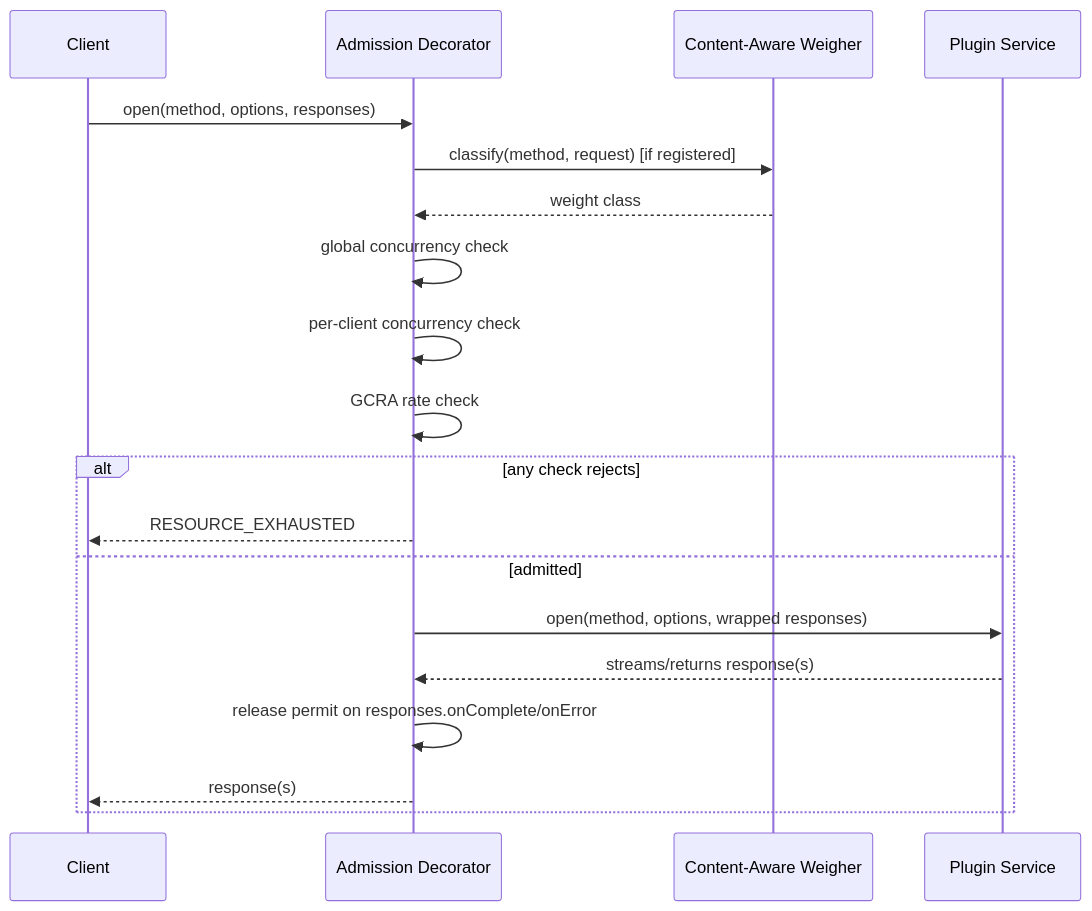
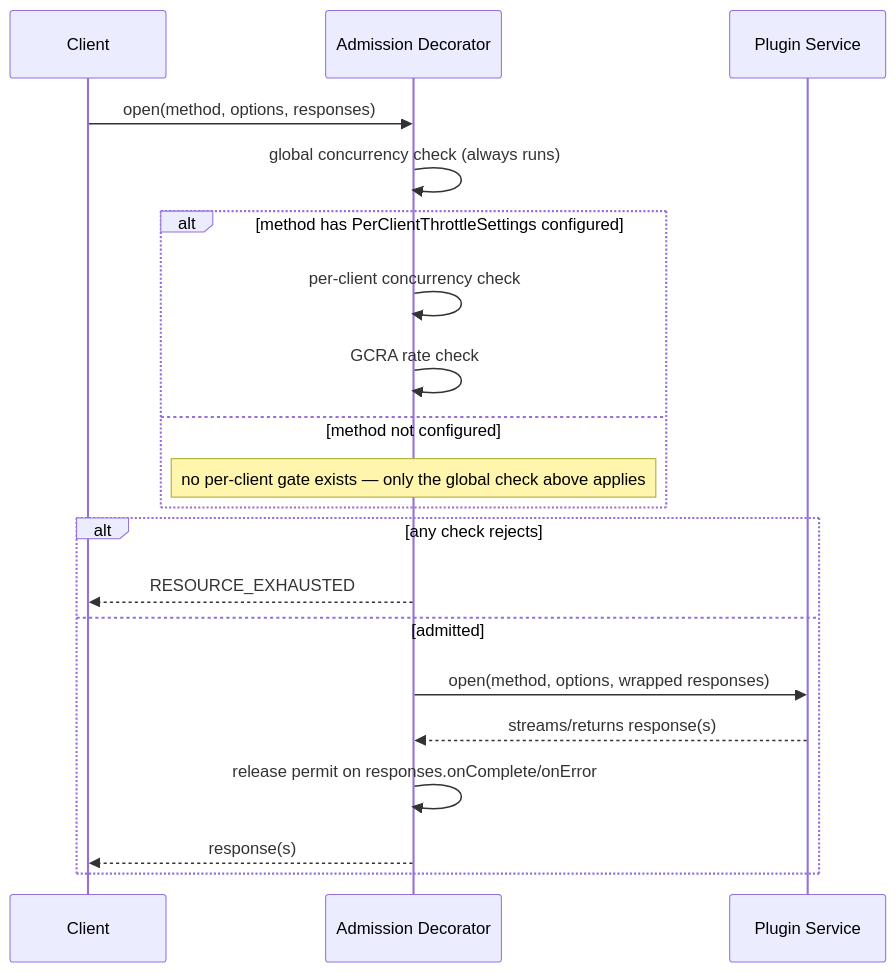
One commit to hiero-ledger/hiero-docs changed the first of 3 diagrams in block-node/design/apis/api-throttling.md. Above: the diagram before and after it, drawn with Mermaid. The commit also changed other lines of this file and 6 other files, not shown here.

````diff
--- a/block-node/design/apis/api-throttling.md
+++ b/block-node/design/apis/api-throttling.md
@@ -337,22 +500,23 @@
 ```mermaid
 sequenceDiagram
     participant C as Client
     participant D as Admission Decorator
-    participant W as Content-Aware Weigher
     participant P as Plugin Service
 
     C->>D: open(method, options, responses)
-    D->>W: classify(method, request) [if registered]
-    W-->>D: weight class
-    D->>D: global concurrency check
-    D->>D: per-client concurrency check
-    D->>D: GCRA rate check
+    D->>D: global concurrency check (always runs)
+    alt method has PerClientThrottleSettings configured
+        D->>D: per-client concurrency check
+        D->>D: GCRA rate check
+    else method not configured
+        Note over D: no per-client gate exists — only the global check above applies
+    end
     alt any check rejects
         D-->>C: RESOURCE_EXHAUSTED
     else admitted
         D->>P: open(method, options, wrapped responses)
         P-->>D: streams/returns response(s)
         D->>D: release permit on responses.onComplete/onError
         D-->>C: response(s)
     end
 ```
````
